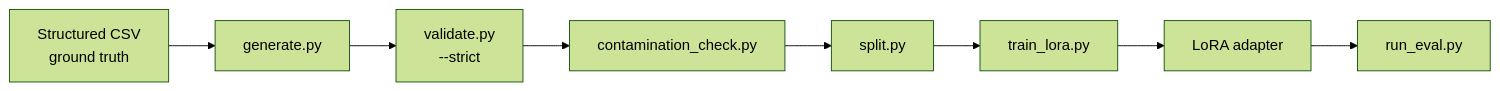
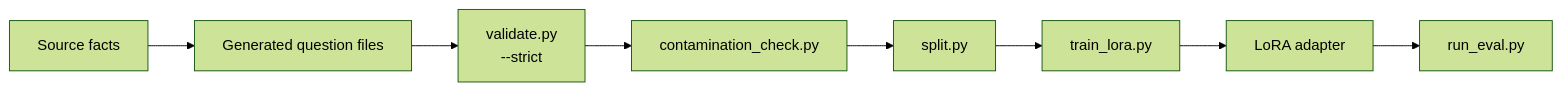
One commit to Kaifkhurshid7/raga-llm changed the third of 3 diagrams in README.md. Above: the diagram before and after it, drawn with Mermaid (forest theme). The commit also changed other lines of this file and 1 other file, not shown here.

````diff
--- a/README.md
+++ b/README.md
@@ -184,10 +275,10 @@
 ```mermaid
 flowchart LR
-    A[Structured CSV<br/>ground truth] --> B[generate.py]
+    A[Source facts] --> B[Generated question files]
     B --> C[validate.py<br/>--strict]
     C --> D[contamination_check.py]
     D --> E[split.py]
     E --> F[train_lora.py]
     F --> G[LoRA adapter]
     G --> H[run_eval.py]
 ```
````
